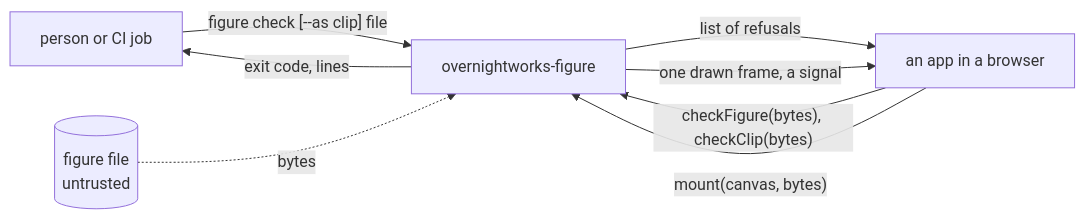
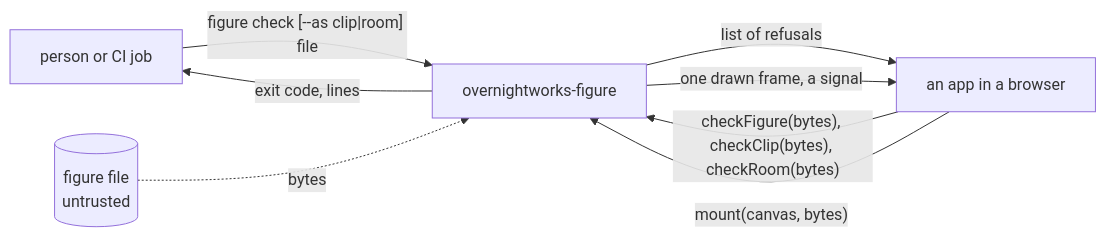
One commit to overnightworks/figure changed the first of 4 diagrams in docs/ARCHITECTURE.md. Above: the diagram before and after it, drawn with Mermaid. The commit also changed other lines of this file and 29 other files, not shown here.

First line of the commit message:
figure check --as room and checkRoom (M10) (#94)

````diff
--- a/docs/ARCHITECTURE.md
+++ b/docs/ARCHITECTURE.md
@@ -7,10 +7,10 @@
 ```mermaid
 flowchart LR
-    caller["person or CI job"] -->|"figure check [--as clip] file"| package
-    app["an app in a browser"] -->|"checkFigure(bytes), checkClip(bytes)"| package
+    caller["person or CI job"] -->|"figure check [--as clip|room] file"| package
+    app["an app in a browser"] -->|"checkFigure(bytes), checkClip(bytes), checkRoom(bytes)"| package
     app -->|"mount(canvas, bytes)"| package
     package["overnightworks-figure"] -->|"exit code, lines"| caller
     package -->|"list of refusals"| app
     package -->|"one drawn frame, a signal"| app
     file[("figure file<br/>untrusted")] -.->|"bytes"| package
 ```
````
